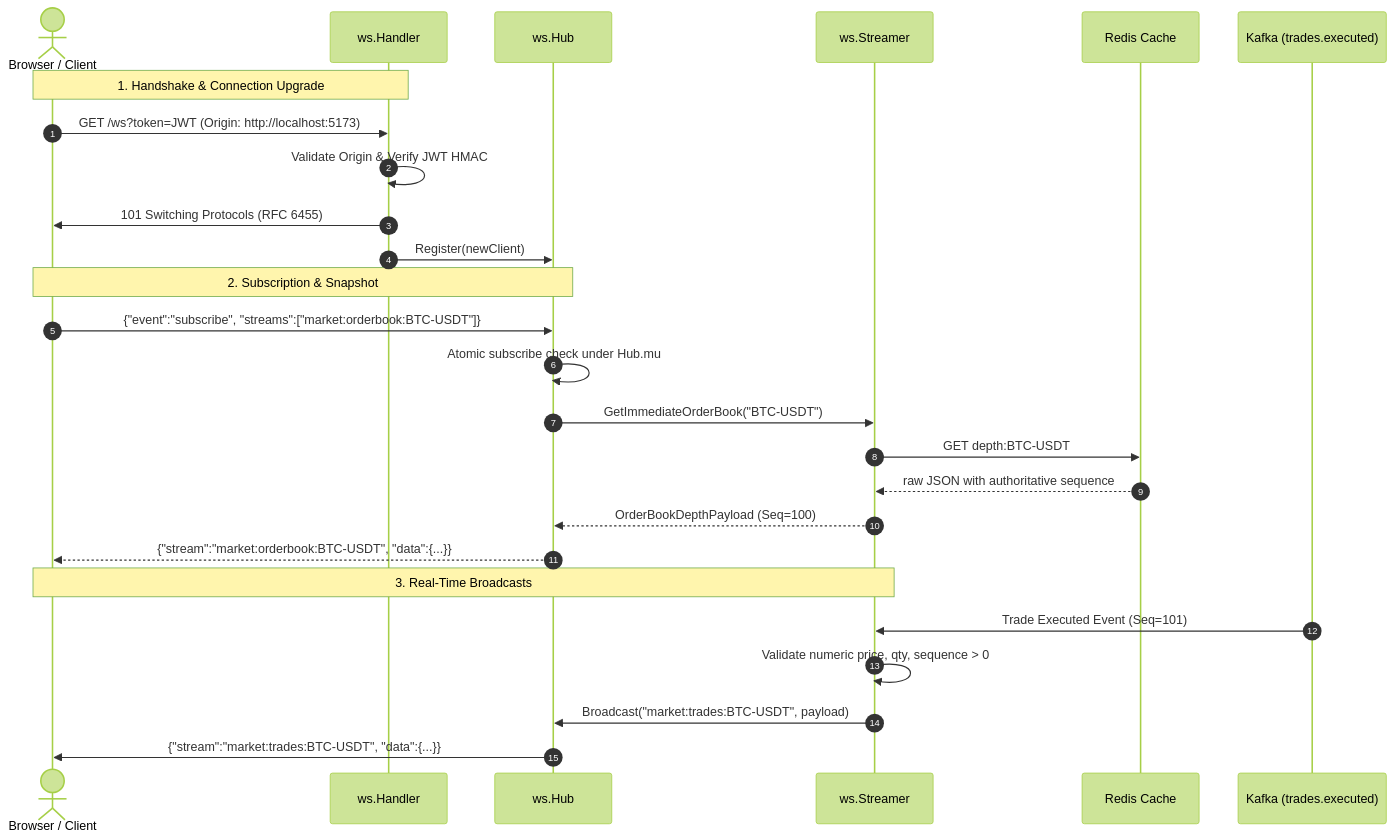
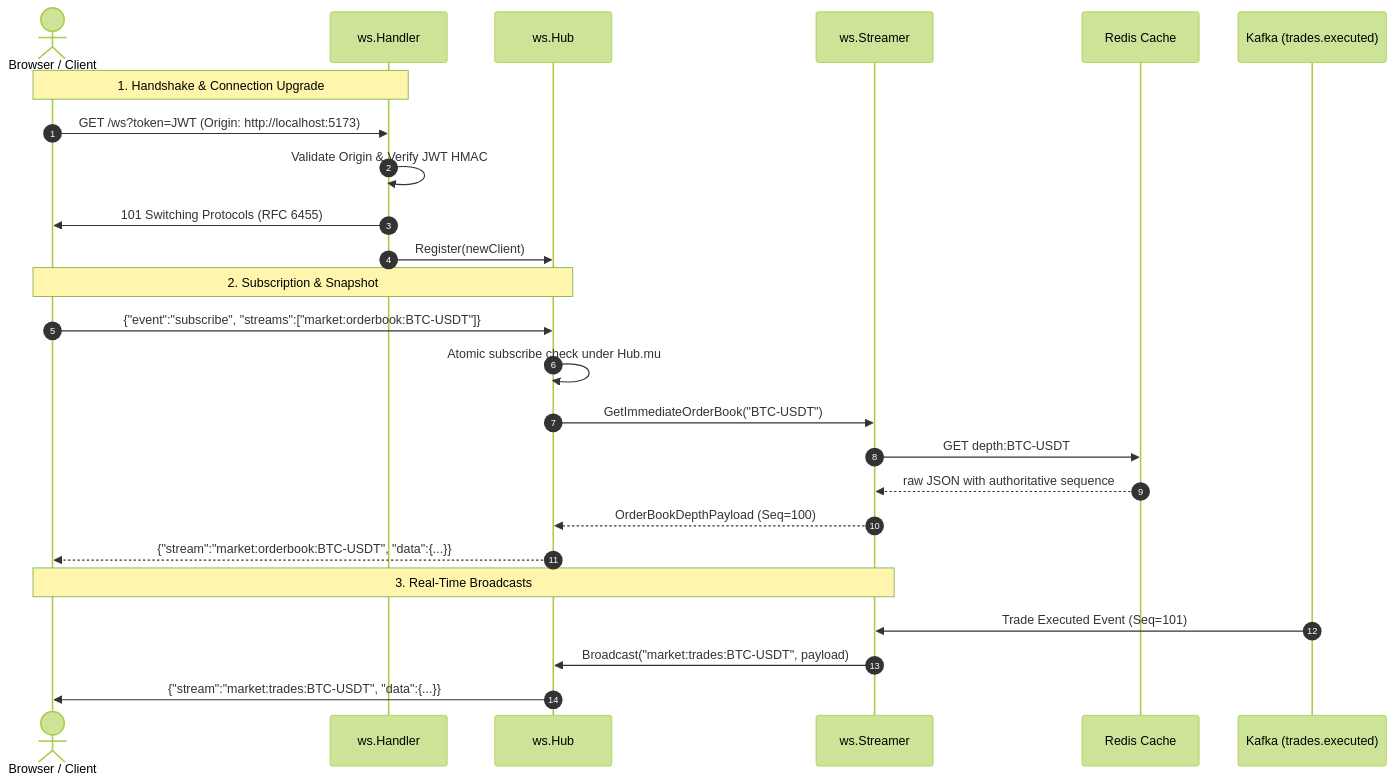
One commit to akhilbabu26/tradedrift changed the diagram in services/gateway/internal/ws/README.md. Above: the diagram before and after it, drawn with Mermaid (forest theme). The commit also changed other lines of this file and 19 other files, not shown here.

````diff
--- a/services/gateway/internal/ws/README.md
+++ b/services/gateway/internal/ws/README.md
@@ -73,31 +73,30 @@
 ```mermaid
 sequenceDiagram
     autonumber
     actor Client as Browser / Client
     participant Handler as ws.Handler
     participant Hub as ws.Hub
     participant Streamer as ws.Streamer
     participant Redis as Redis Cache
     participant Kafka as Kafka (trades.executed)
 
     Note over Client,Handler: 1. Handshake & Connection Upgrade
     Client->>Handler: GET /ws?token=JWT (Origin: http://localhost:5173)
     Handler->>Handler: Validate Origin & Verify JWT HMAC
     Handler->>Client: 101 Switching Protocols (RFC 6455)
     Handler->>Hub: Register(newClient)
 
     Note over Client,Hub: 2. Subscription & Snapshot
     Client->>Hub: {"event":"subscribe", "streams":["market:orderbook:BTC-USDT"]}
     Hub->>Hub: Atomic subscribe check under Hub.mu
     Hub->>Streamer: GetImmediateOrderBook("BTC-USDT")
     Streamer->>Redis: GET depth:BTC-USDT
     Redis-->>Streamer: raw JSON with authoritative sequence
     Streamer-->>Hub: OrderBookDepthPayload (Seq=100)
     Hub-->>Client: {"stream":"market:orderbook:BTC-USDT", "data":{...}}
 
     Note over Streamer,Client: 3. Real-Time Broadcasts
     Kafka->>Streamer: Trade Executed Event (Seq=101)
-    Streamer->>Streamer: Validate numeric price, qty, sequence > 0
     Streamer->>Hub: Broadcast("market:trades:BTC-USDT", payload)
     Hub->>Client: {"stream":"market:trades:BTC-USDT", "data":{...}}
 ```
````
